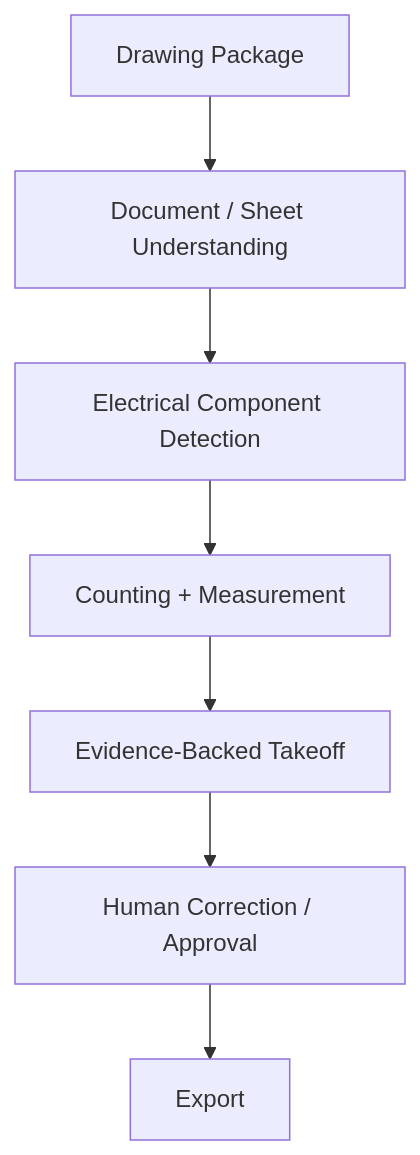
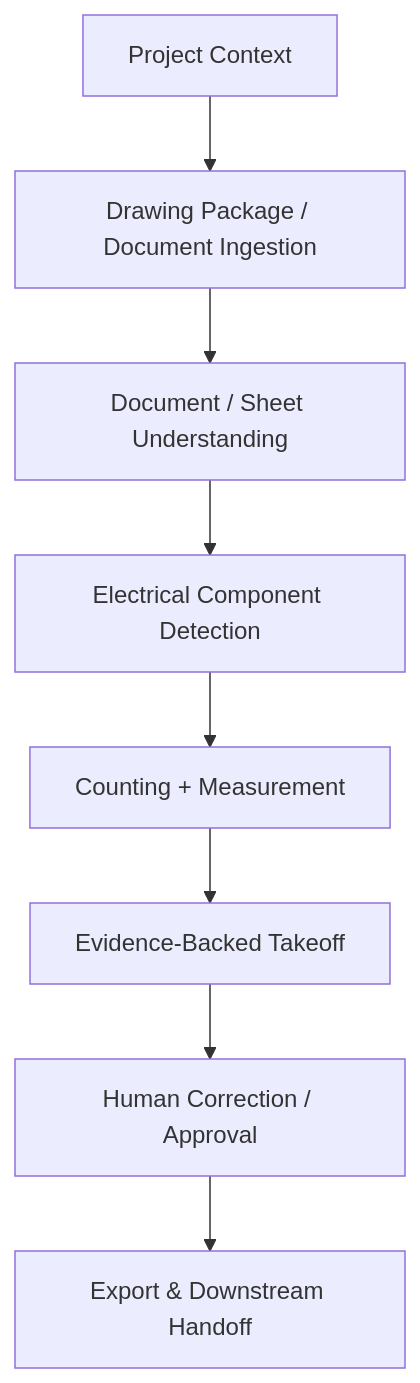
Before and after one commit to HardikBhaskar2010/Vectoris: the diagram in docs/00_PROJECT/PRD.md, drawn with Mermaid. The commit also changed other lines of this file and 10 other files, not shown here.

````diff
--- a/docs/00_PROJECT/PRD.md
+++ b/docs/00_PROJECT/PRD.md
@@ -15,9 +17,10 @@
 ```mermaid
 flowchart TD
-    A[Drawing Package] --> B[Document / Sheet Understanding]
-    B --> C[Electrical Component Detection]
-    C --> D[Counting + Measurement]
-    D --> E[Evidence-Backed Takeoff]
-    E --> F[Human Correction / Approval]
-    F --> G[Export]
+    A[Project Context] --> B[Drawing Package / Document Ingestion]
+    B --> C[Document / Sheet Understanding]
+    C --> D[Electrical Component Detection]
+    D --> E[Counting + Measurement]
+    E --> F[Evidence-Backed Takeoff]
+    F --> G[Human Correction / Approval]
+    G --> H[Export & Downstream Handoff]
 ```
````
